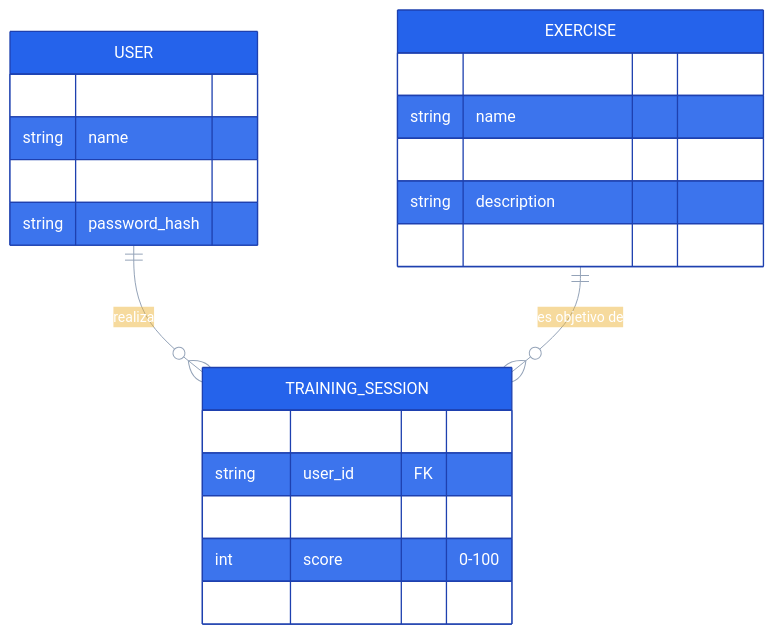
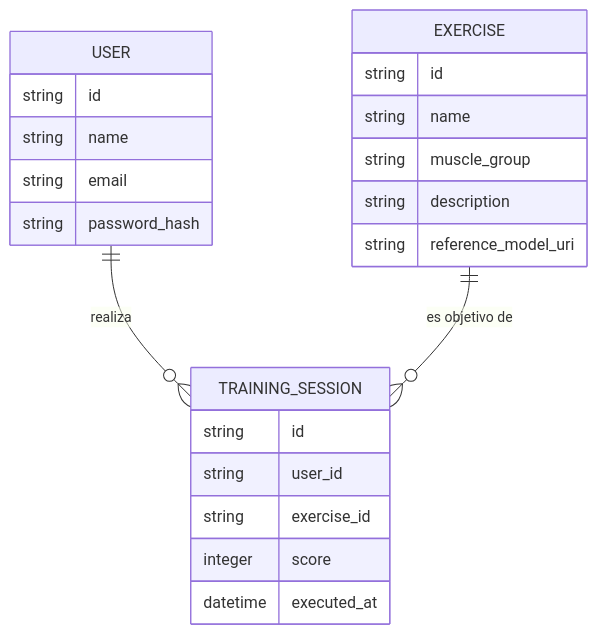
Diagram 15 of 22 in README.es.md (VictorHJesusSantiago/Gym_execution), drawn with Mermaid before and after one commit. The commit also changed other lines of this file and 2 other files, not shown here.

````diff
--- a/README.es.md
+++ b/README.es.md
@@ -170,27 +732,25 @@
 ```mermaid
-%%{init: {'theme':'base', 'themeVariables': {'primaryColor':'#2563EB','primaryTextColor':'#fff','primaryBorderColor':'#1E40AF','lineColor':'#94A3B8'}}}%%
 erDiagram
-    USER ||--o{ TRAINING_SESSION : realiza
-    EXERCISE ||--o{ TRAINING_SESSION : "es objetivo de"
-
     USER {
-        string id PK
+        string id
         string name
-        string email UK
+        string email
         string password_hash
     }
     EXERCISE {
-        string id PK
+        string id
         string name
         string muscle_group
         string description
-        string reference_model_uri "opcional"
+        string reference_model_uri
     }
     TRAINING_SESSION {
-        string id PK
-        string user_id FK
-        string exercise_id FK
-        int score "0-100"
+        string id
+        string user_id
+        string exercise_id
+        integer score
         datetime executed_at
     }
+    USER ||--o{ TRAINING_SESSION : realiza
+    EXERCISE ||--o{ TRAINING_SESSION : "es objetivo de"
 ```
````
